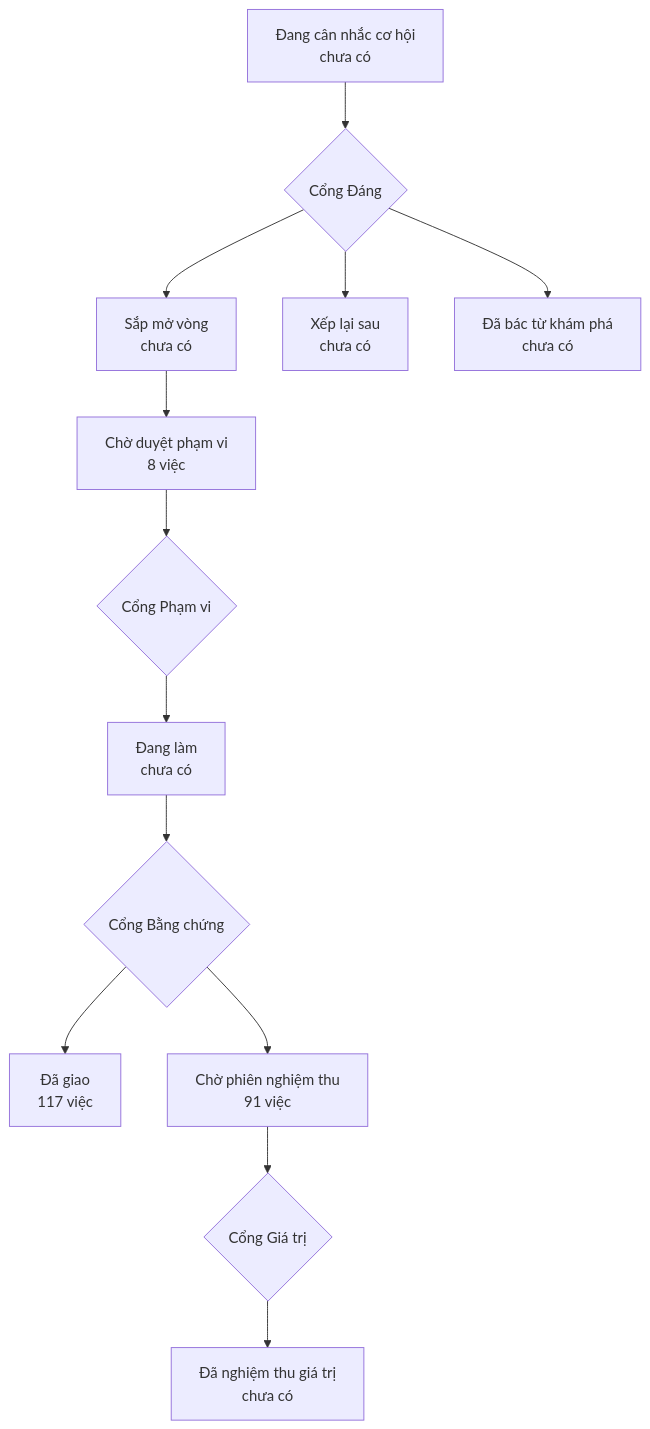
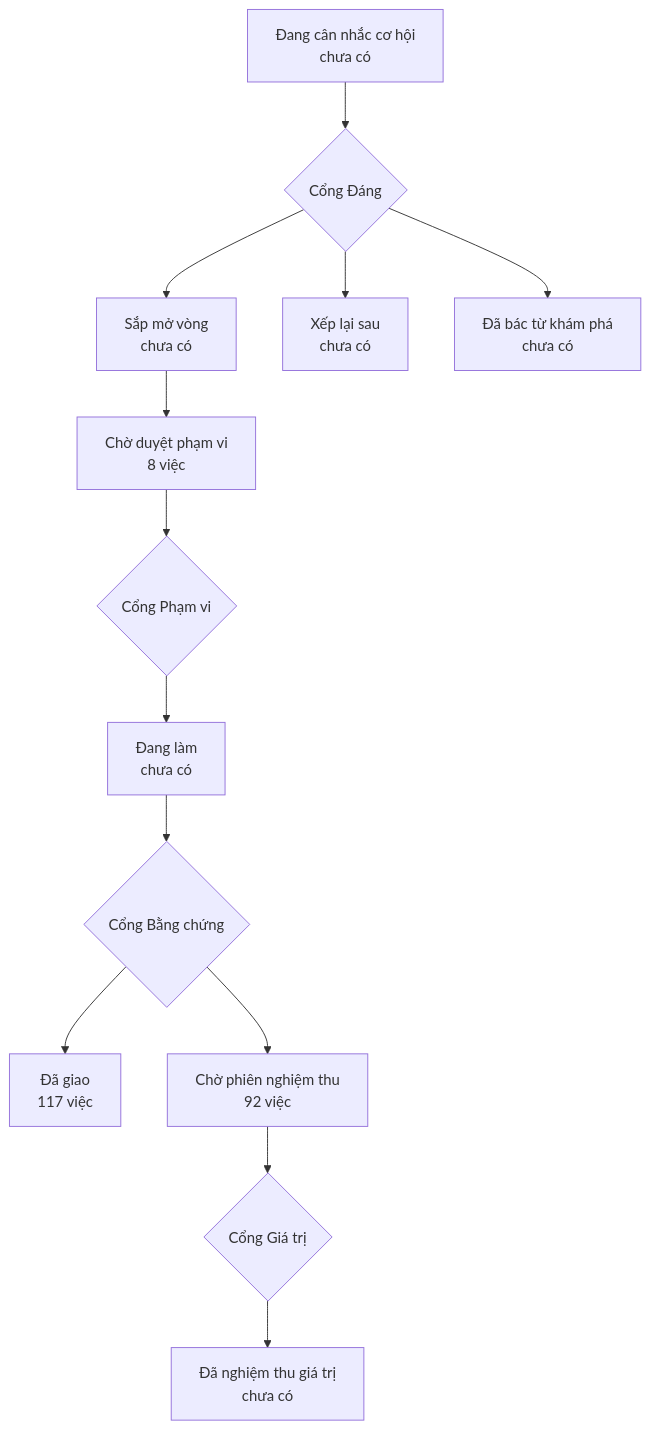
Before and after one commit to phanlemanh/onehub-invest: the diagram in PRODUCT-MAP.md, drawn with Mermaid. The commit also changed other lines of this file and 1 other file, not shown here.

Commit message:
chore(vlm-anh-tin-s03): vẽ lại bản đồ sau gộp main cfa59117

````diff
--- a/PRODUCT-MAP.md
+++ b/PRODUCT-MAP.md
@@ -7,12 +7,12 @@
 ```mermaid
 flowchart TD
   A["Đang cân nhắc cơ hội<br/>chưa có"] --> GD{"Cổng Đáng"}
   GD --> B["Sắp mở vòng<br/>chưa có"]
   GD --> XL["Xếp lại sau<br/>chưa có"]
   GD --> DB["Đã bác từ khám phá<br/>chưa có"]
   B --> CD["Chờ duyệt phạm vi<br/>8 việc"] --> GP{"Cổng Phạm vi"}
   GP --> DL["Đang làm<br/>chưa có"] --> GB{"Cổng Bằng chứng"}
   GB --> DG["Đã giao<br/>117 việc"]
-  GB --> CN["Chờ phiên nghiệm thu<br/>91 việc"] --> GG{"Cổng Giá trị"}
+  GB --> CN["Chờ phiên nghiệm thu<br/>92 việc"] --> GG{"Cổng Giá trị"}
   GG --> NT["Đã nghiệm thu giá trị<br/>chưa có"]
 ```
````
